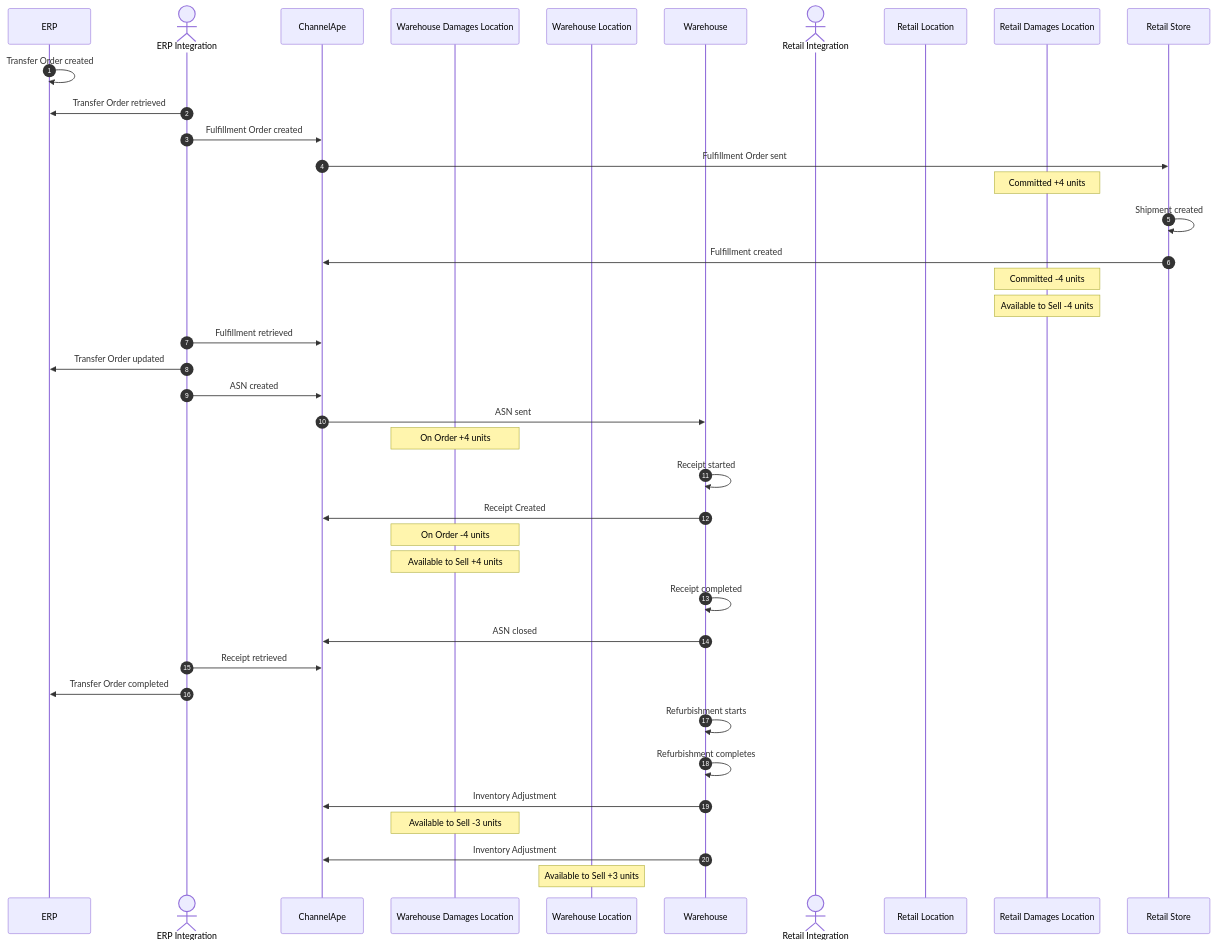
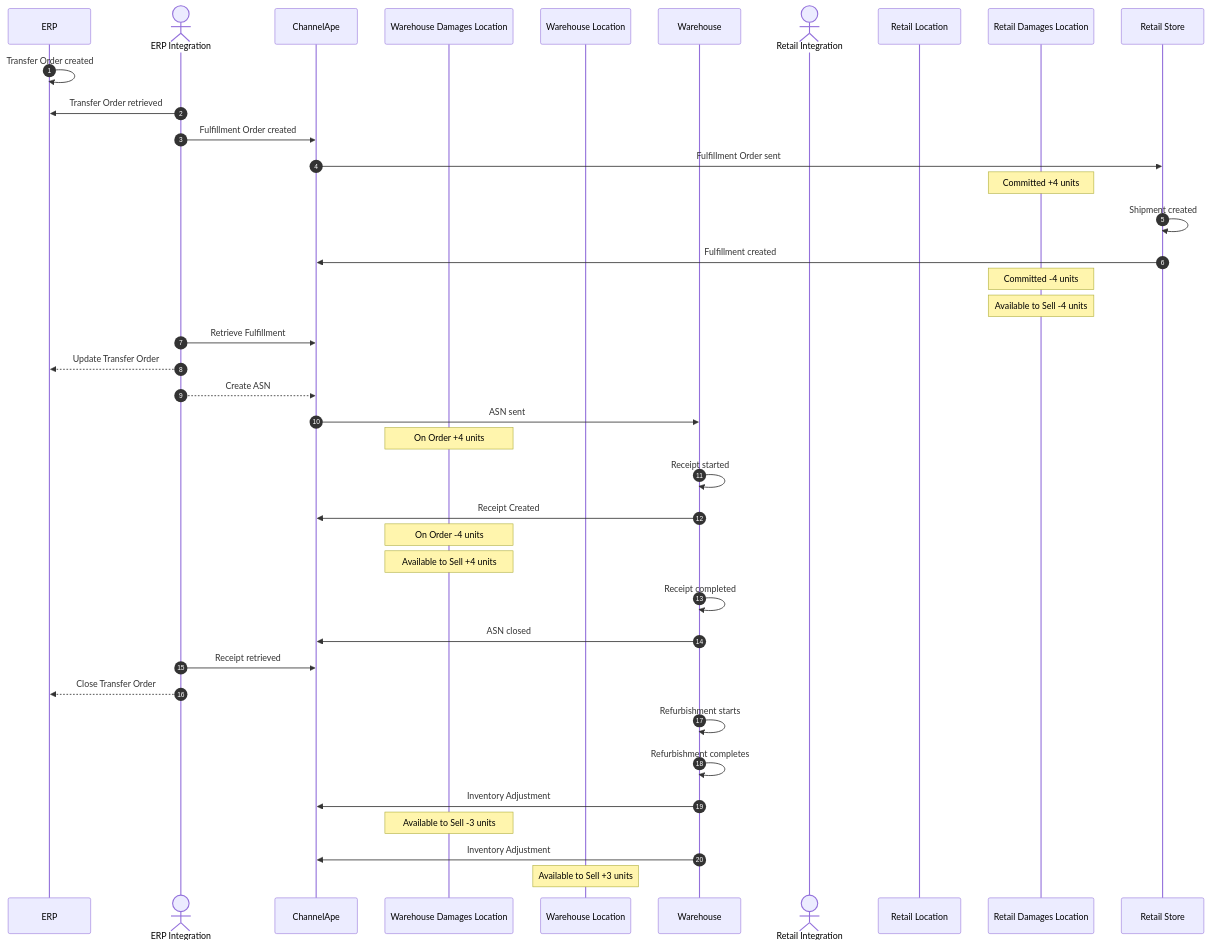
The sixth of 6 diagrams in data-flows/transfer-orders/README.md (ChannelApe/channelape-docs), drawn with Mermaid before and after one commit. The commit also changed other lines of this file, not shown here.

Commit message:
Emphasized interconnected flows with dotted lines and changed verbiage

````diff
--- a/data-flows/transfer-orders/README.md
+++ b/data-flows/transfer-orders/README.md
@@ -405,59 +410,59 @@
 ```mermaid
 sequenceDiagram
     autonumber
     participant ERP
     actor ERP Integration
     participant ChannelApe
     participant Warehouse Damages Location
     participant Warehouse Location
     participant Warehouse
     actor Retail Integration
     participant Retail Location
     participant Retail Damages Location
     participant Retail Store
 
     ERP->>ERP: Transfer Order created
 
     ERP Integration->>ERP: Transfer Order retrieved
     ERP Integration->>ChannelApe: Fulfillment Order created
 
     ChannelApe->>Retail Store: Fulfillment Order sent
     note over Retail Damages Location: Committed +4 units
     
     Retail Store->>Retail Store: Shipment created
 
     Retail Store->>ChannelApe: Fulfillment created
     note over Retail Damages Location: Committed -4 units
     note over Retail Damages Location: Available to Sell -4 units
     
-    ERP Integration->>ChannelApe: Fulfillment retrieved
-    ERP Integration->>ERP: Transfer Order updated
-    ERP Integration->>ChannelApe: ASN created
+    ERP Integration->>ChannelApe: Retrieve Fulfillment
+    ERP Integration-->>ERP: Update Transfer Order
+    ERP Integration-->>ChannelApe: Create ASN
 
     ChannelApe->>Warehouse: ASN sent
     note over Warehouse Damages Location: On Order +4 units
 
     Warehouse->>Warehouse: Receipt started
 
     Warehouse->>ChannelApe: Receipt Created
     note over Warehouse Damages Location: On Order -4 units
     note over Warehouse Damages Location: Available to Sell +4 units
 
     Warehouse->>Warehouse: Receipt completed
 
     Warehouse->>ChannelApe: ASN closed
 
     ERP Integration->>ChannelApe: Receipt retrieved
 
-    ERP Integration->>ERP: Transfer Order completed
+    ERP Integration-->>ERP: Close Transfer Order
 
     Warehouse->>Warehouse: Refurbishment starts
 
     Warehouse->>Warehouse: Refurbishment completes
 
     Warehouse->>ChannelApe: Inventory Adjustment
     note over Warehouse Damages Location: Available to Sell -3 units
 
     Warehouse->>ChannelApe: Inventory Adjustment
     note over Warehouse Location: Available to Sell +3 units
 ```
````
